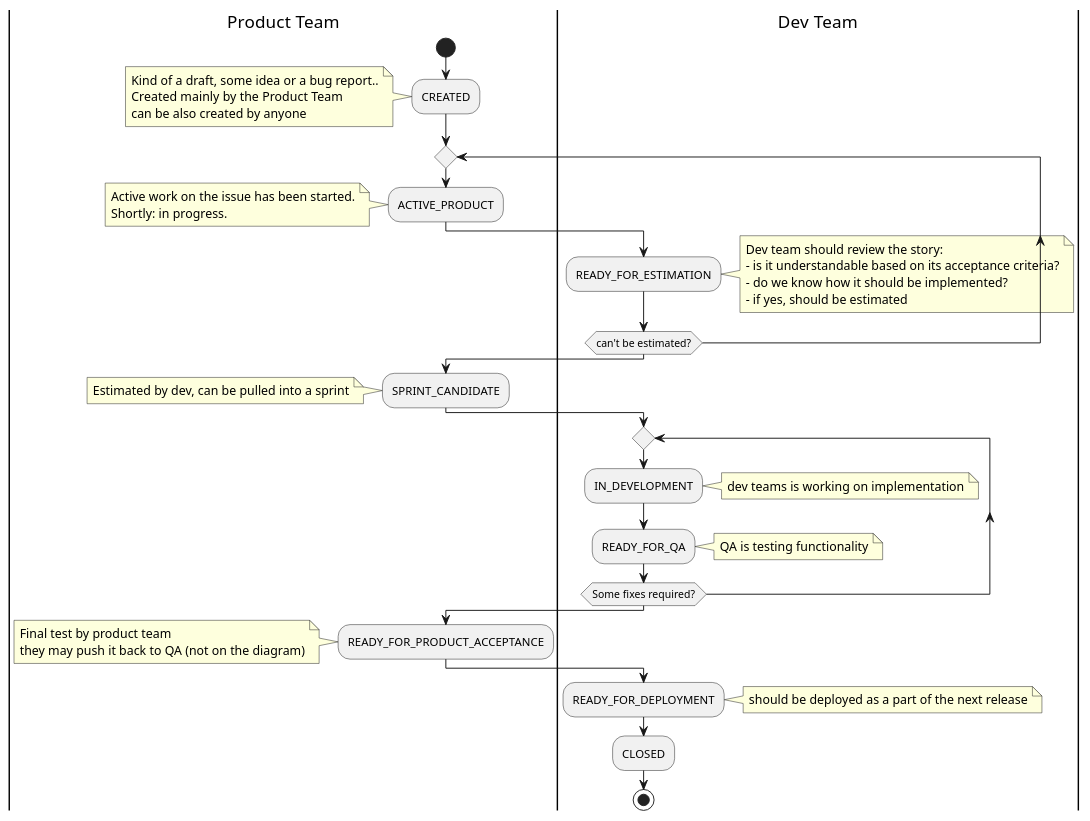
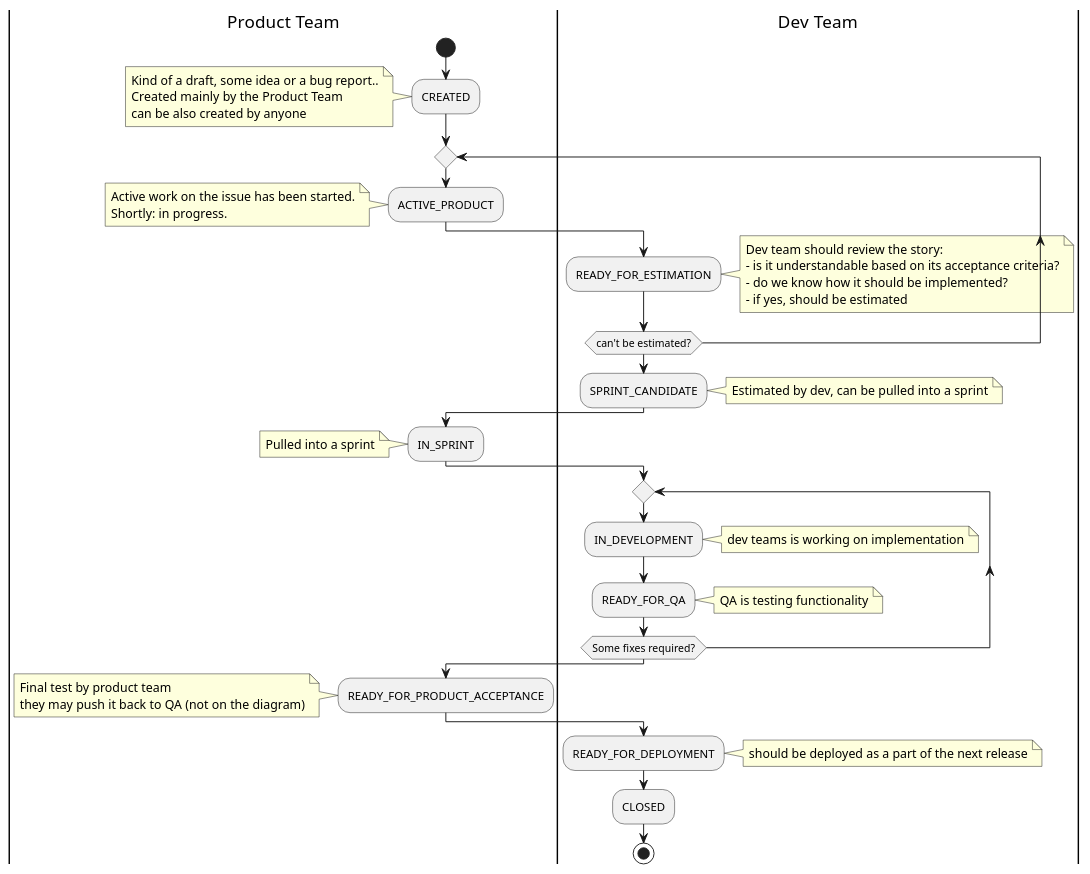
Before and after one commit to siudeks/siudeks.github.io: the diagram in content/project-management/flow1.puml, drawn with PlantUML. The commit also changed 2 other files, not shown here.

Commit message:
Better flow

```diff
--- a/content/project-management/flow1.puml
+++ b/content/project-management/flow1.puml
@@ -1,47 +1,49 @@
 @startuml
 |Product Team|
 start
 :CREATED;
 note
 Kind of a draft, some idea or a bug report..
 Created mainly by the Product Team
 can be also created by anyone
 end note
 repeat
   :ACTIVE_PRODUCT;
 note
 Active work on the issue has been started.
 Shortly: in progress.
 end note
 |Dev Team|
   :READY_FOR_ESTIMATION;
   note right
   Dev team should review the story:
   - is it understandable based on its acceptance criteria?
   - do we know how it should be implemented?
   - if yes, should be estimated
   end note
 repeatwhile (can't be estimated?)
+:SPRINT_CANDIDATE;
+note right: Estimated by dev, can be pulled into a sprint
 |Product Team|
-:SPRINT_CANDIDATE;
-note: Estimated by dev, can be pulled into a sprint
+:IN_SPRINT;
+note: Pulled into a sprint
 |Dev Team|
 repeat
   :IN_DEVELOPMENT;
   note right: dev teams is working on implementation
   :READY_FOR_QA;
   note right: QA is testing functionality
 repeatwhile (Some fixes required?)
 |Product Team|
 :READY_FOR_PRODUCT_ACCEPTANCE;
 note
 Final test by product team
 they may push it back to QA (not on the diagram)
 end note
 |Dev Team|
 :READY_FOR_DEPLOYMENT;
 note right: should be deployed as a part of the next release 
 :CLOSED;
 
 stop
 @enduml
```
